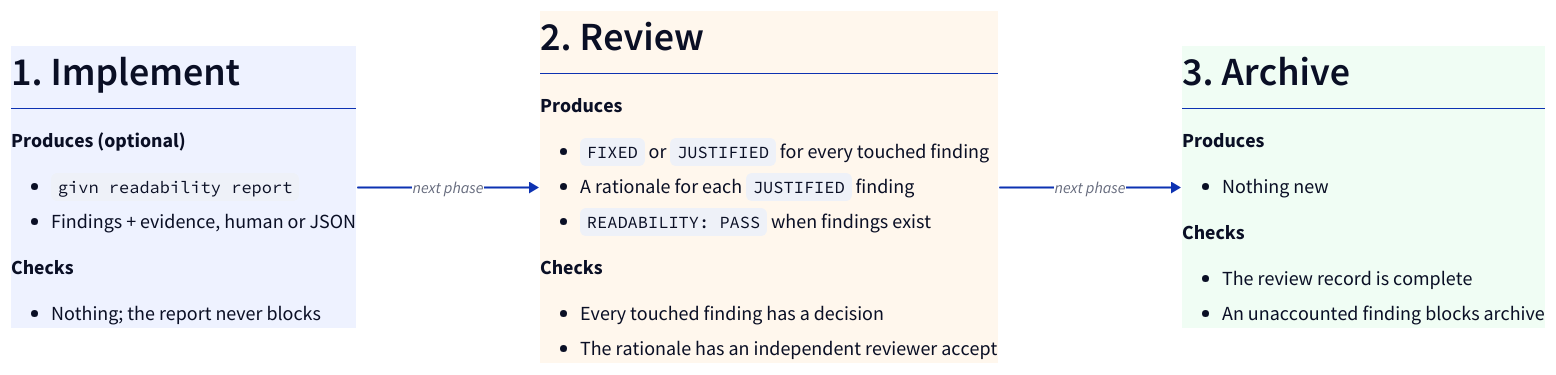
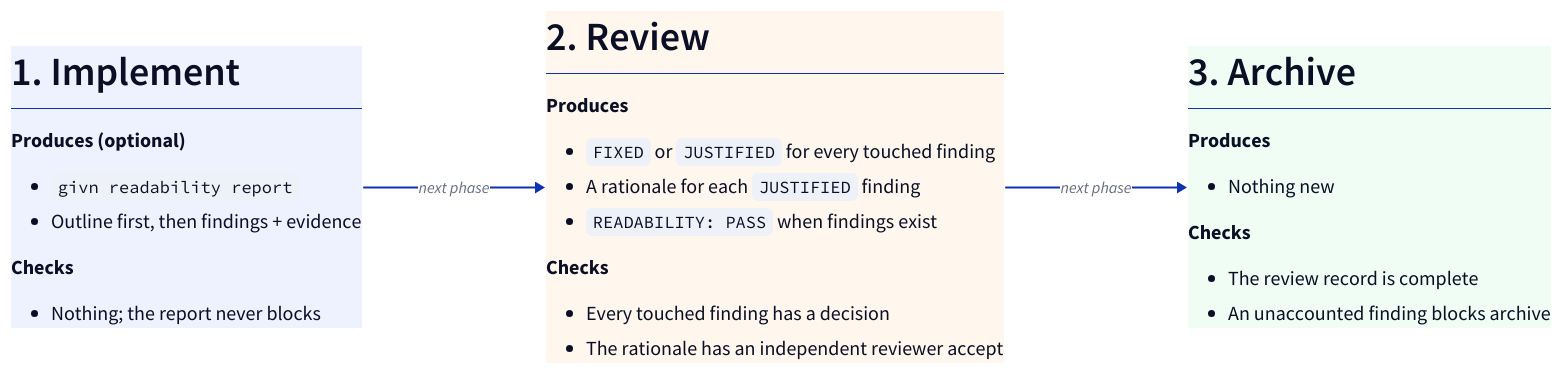
The diagram in docs/readability-workflow.d2 (buster/givn), drawn with D2 before and after one commit. The commit also changed 3 other files, not shown here.

First line of the commit message:
feat(readability): lead the human report with the outline

```diff
--- a/docs/readability-workflow.d2
+++ b/docs/readability-workflow.d2
@@ -1,61 +1,61 @@
 direction: right
 
 
 implement: |md
   # 1. Implement
 
   **Produces (optional)**
 
   - `givn readability report`
-  - Findings + evidence, human or JSON
+  - Outline first, then findings + evidence
 
   **Checks**
 
   - Nothing; the report never blocks
 | {
   style.fill: "#eef2ff"
   style.stroke: "#4f46e5"
   style.border-radius: 10
   style.font-size: 20
 }
 
 review: |md
   # 2. Review
 
   **Produces**
 
   - `FIXED` or `JUSTIFIED` for every touched finding
   - A rationale for each `JUSTIFIED` finding
   - `READABILITY: PASS` when findings exist
 
   **Checks**
 
   - Every touched finding has a decision
   - The rationale has an independent reviewer accept
 | {
   style.fill: "#fff7ed"
   style.stroke: "#ea580c"
   style.border-radius: 10
   style.font-size: 20
 }
 
 archive: |md
   # 3. Archive
 
   **Produces**
 
   - Nothing new
 
   **Checks**
 
   - The review record is complete
   - An unaccounted finding blocks archive
 | {
   style.fill: "#f0fdf4"
   style.stroke: "#16a34a"
   style.border-radius: 10
   style.font-size: 20
 }
 
 implement -> review: "next phase"
 review -> archive: "next phase"
```
